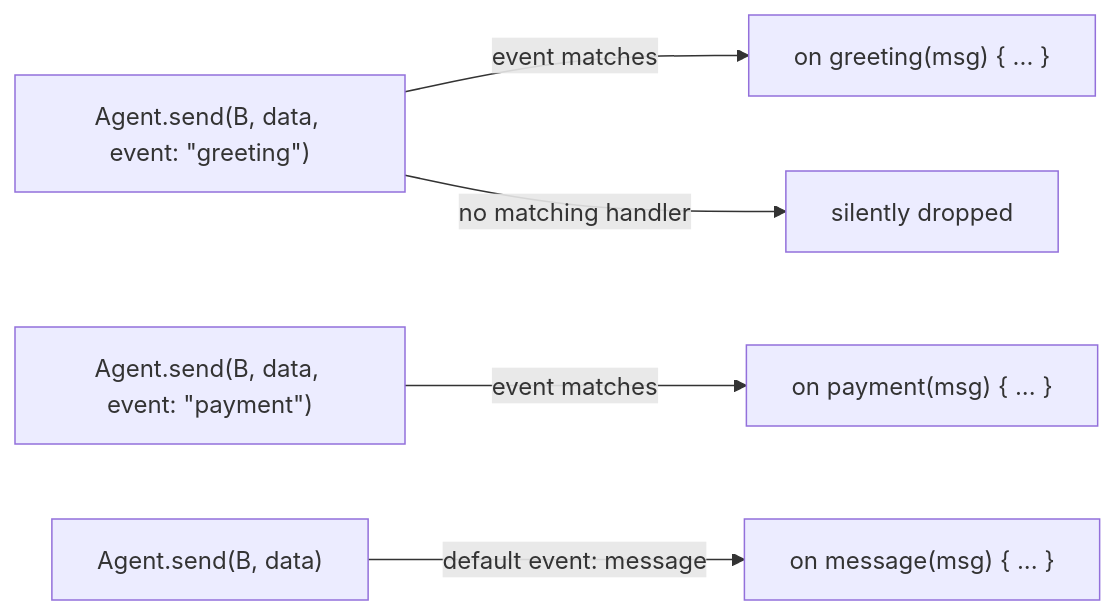
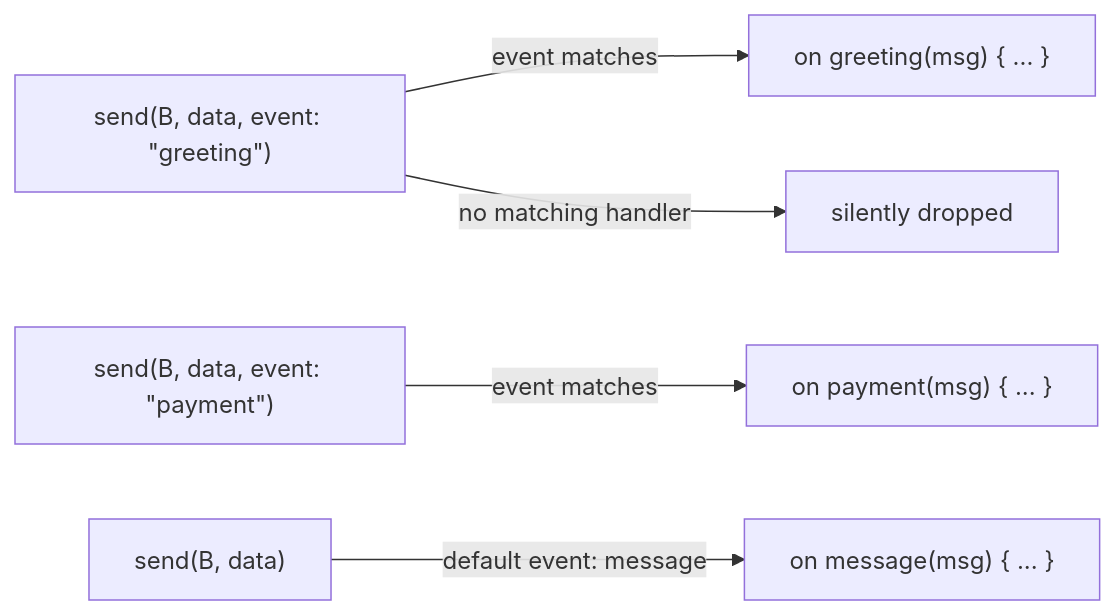
One commit to keel-lang/keel changed the second of 5 diagrams in docs/src/guide/agent-communication.md. Above: the diagram before and after it, drawn with Mermaid. The commit also changed other lines of this file and 207 other files, not shown here.

````diff
--- a/docs/src/guide/agent-communication.md
+++ b/docs/src/guide/agent-communication.md
@@ -26,16 +26,16 @@
 ```mermaid
 flowchart LR
-    s1["Agent.send(B, data, event: &quot;greeting&quot;)"]
-    s2["Agent.send(B, data, event: &quot;payment&quot;)"]
-    s3["Agent.send(B, data)"]
+    s1["send(B, data, event: &quot;greeting&quot;)"]
+    s2["send(B, data, event: &quot;payment&quot;)"]
+    s3["send(B, data)"]
 
     h1["on greeting(msg) { ... }"]
     h2["on payment(msg) { ... }"]
     h3["on message(msg) { ... }"]
     drop["silently dropped"]
 
     s1 -->|"event matches"| h1
     s2 -->|"event matches"| h2
     s3 -->|"default event: message"| h3
     s1 -->|"no matching handler"| drop
 ```
````
